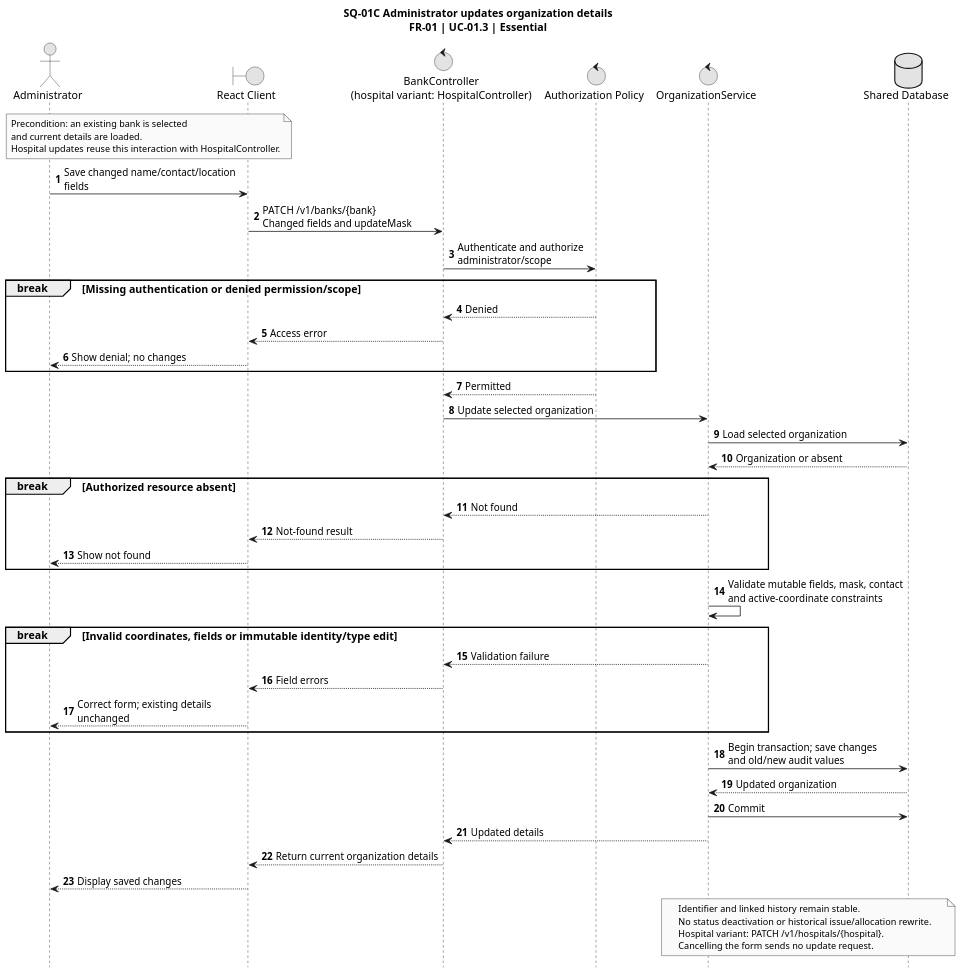
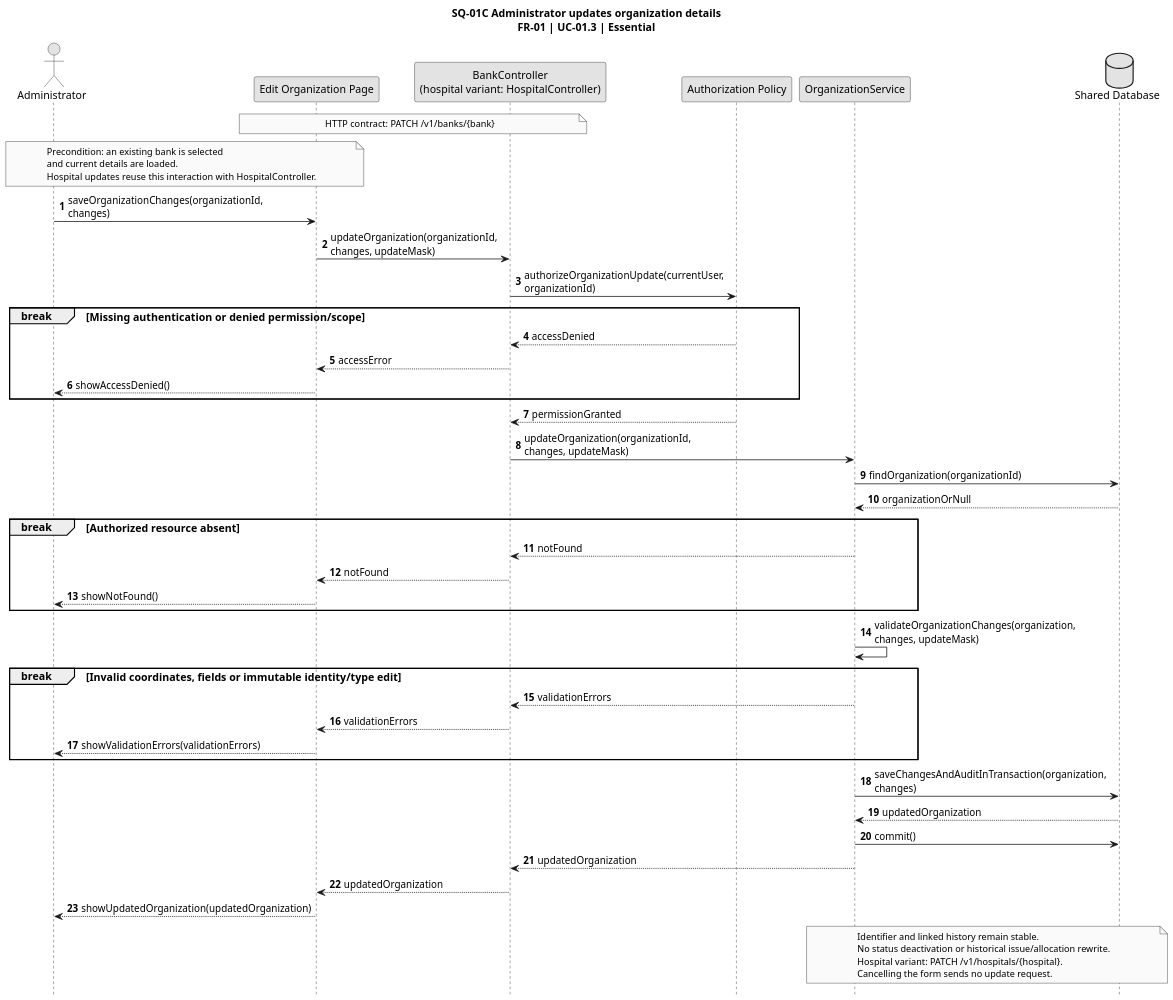
One commit to TitanDevX/BloodBankPlatformUni changed the fifth of 16 diagrams in docs/uml/PlantUML-Sources.md. Above: the diagram before and after it, drawn with PlantUML. The commit also changed other lines of this file and 17 other files, not shown here.

````diff
--- a/docs/uml/PlantUML-Sources.md
+++ b/docs/uml/PlantUML-Sources.md
@@ -237,61 +243,64 @@
 ```plantuml
 @startuml SQ01C_Update
 title SQ-01C Administrator updates organization details\nFR-01 | UC-01.3 | Essential
 skinparam monochrome true
 skinparam shadowing false
 skinparam defaultFontName Arial
 skinparam defaultFontSize 14
 skinparam ArrowFontSize 13
 skinparam noteFontSize 12
 skinparam dpi 140
 hide footbox
 skinparam maxMessageSize 240
 autonumber
 actor Administrator as Admin
-boundary "React Client" as Client
-control "BankController\n(hospital variant: HospitalController)" as Ctrl
-control "Authorization Policy" as Policy
-control "OrganizationService" as Svc
+participant "Edit Organization Page" as Client
+participant "BankController\n(hospital variant: HospitalController)" as Ctrl
+participant "Authorization Policy" as Policy
+participant "OrganizationService" as Svc
 database "Shared Database" as DB
+note over Client, Ctrl
+ HTTP contract: PATCH /v1/banks/{bank}
+end note
 note over Admin, Client
  Precondition: an existing bank is selected
  and current details are loaded.
  Hospital updates reuse this interaction with HospitalController.
 end note
-Admin -> Client: Save changed name/contact/location fields
-Client -> Ctrl: PATCH /v1/banks/{bank}\nChanged fields and updateMask
-Ctrl -> Policy: Authenticate and authorize administrator/scope
+Admin -> Client: saveOrganizationChanges(organizationId, changes)
+Client -> Ctrl: updateOrganization(organizationId, changes, updateMask)
+Ctrl -> Policy: authorizeOrganizationUpdate(currentUser, organizationId)
 break Missing authentication or denied permission/scope
- Policy --> Ctrl: Denied
- Ctrl --> Client: Access error
- Client --> Admin: Show denial; no changes
+ Policy --> Ctrl: accessDenied
+ Ctrl --> Client: accessError
+ Client --> Admin: showAccessDenied()
 end
-Policy --> Ctrl: Permitted
-Ctrl -> Svc: Update selected organization
-Svc -> DB: Load selected organization
-DB --> Svc: Organization or absent
+Policy --> Ctrl: permissionGranted
+Ctrl -> Svc: updateOrganization(organizationId, changes, updateMask)
+Svc -> DB: findOrganization(organizationId)
+DB --> Svc: organizationOrNull
 break Authorized resource absent
- Svc --> Ctrl: Not found
- Ctrl --> Client: Not-found result
- Client --> Admin: Show not found
+ Svc --> Ctrl: notFound
+ Ctrl --> Client: notFound
+ Client --> Admin: showNotFound()
 end
-Svc -> Svc: Validate mutable fields, mask, contact\nand active-coordinate constraints
+Svc -> Svc: validateOrganizationChanges(organization, changes, updateMask)
 break Invalid coordinates, fields or immutable identity/type edit
- Svc --> Ctrl: Validation failure
- Ctrl --> Client: Field errors
- Client --> Admin: Correct form; existing details unchanged
+ Svc --> Ctrl: validationErrors
+ Ctrl --> Client: validationErrors
+ Client --> Admin: showValidationErrors(validationErrors)
 end
-Svc -> DB: Begin transaction; save changes\nand old/new audit values
-DB --> Svc: Updated organization
-Svc -> DB: Commit
-Svc --> Ctrl: Updated details
-Ctrl --> Client: Return current organization details
-Client --> Admin: Display saved changes
+Svc -> DB: saveChangesAndAuditInTransaction(organization, changes)
+DB --> Svc: updatedOrganization
+Svc -> DB: commit()
+Svc --> Ctrl: updatedOrganization
+Ctrl --> Client: updatedOrganization
+Client --> Admin: showUpdatedOrganization(updatedOrganization)
 note over Svc, DB
  Identifier and linked history remain stable.
  No status deactivation or historical issue/allocation rewrite.
  Hospital variant: PATCH /v1/hospitals/{hospital}.
  Cancelling the form sends no update request.
 end note
 @enduml
 ```
````
